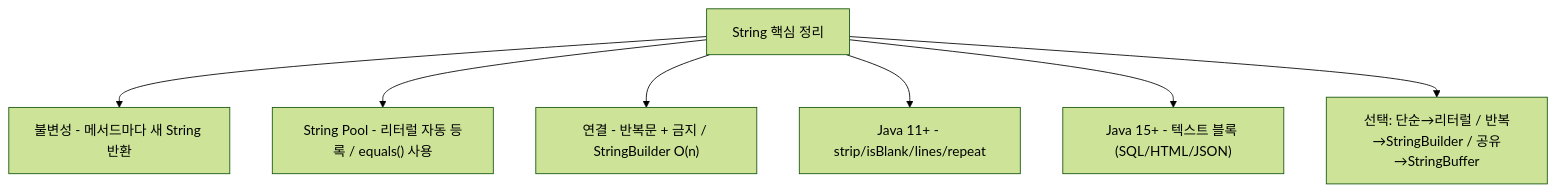
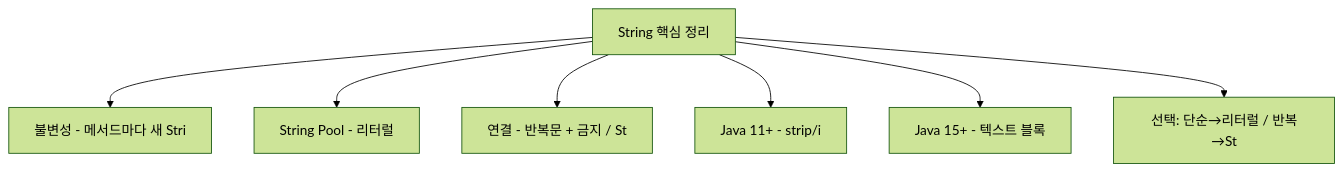
The third of 3 diagrams in _posts/java/2026-05-01-java-string.md (yjkim2015/yjkim2015.github.io), drawn with Mermaid (forest theme) before and after one commit. The commit also changed other lines of this file and 271 other files, not shown here.

First line of the commit message:
Mermaid 라벨 축소: 긴 노드 텍스트 18자 이하로 트림 + \n 제거

````diff
--- a/_posts/java/2026-05-01-java-string.md
+++ b/_posts/java/2026-05-01-java-string.md
@@ -634,10 +630,10 @@
 ```mermaid
 graph TD
     STRING["String 핵심 정리"]
-    STRING --> IMMUT["불변성 - 메서드마다 새 String 반환"]
-    STRING --> POOL["String Pool - 리터럴 자동 등록 / equals() 사용"]
-    STRING --> CONCAT["연결 - 반복문 + 금지 / StringBuilder O(n)"]
-    STRING --> JAVA11["Java 11+ - strip/isBlank/lines/repeat"]
-    STRING --> TEXTBLOCK["Java 15+ - 텍스트 블록 (SQL/HTML/JSON)"]
-    STRING --> GUIDE["선택: 단순→리터럴 / 반복→StringBuilder / 공유→StringBuffer"]
+    STRING --> IMMUT["불변성 - 메서드마다 새 Stri"]
+    STRING --> POOL["String Pool - 리터럴"]
+    STRING --> CONCAT["연결 - 반복문 + 금지 / St"]
+    STRING --> JAVA11["Java 11+ - strip/i"]
+    STRING --> TEXTBLOCK["Java 15+ - 텍스트 블록"]
+    STRING --> GUIDE["선택: 단순→리터럴 / 반복→St"]
 ```
````
